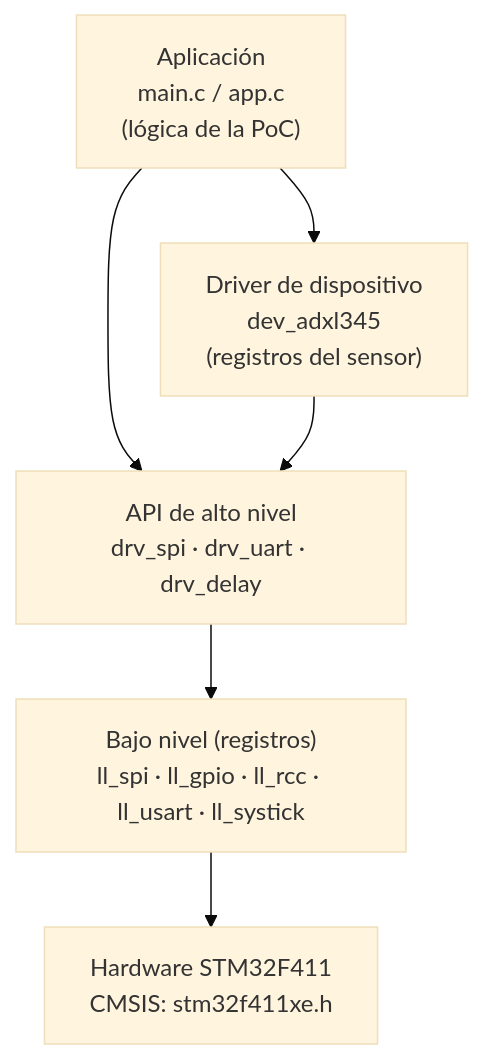
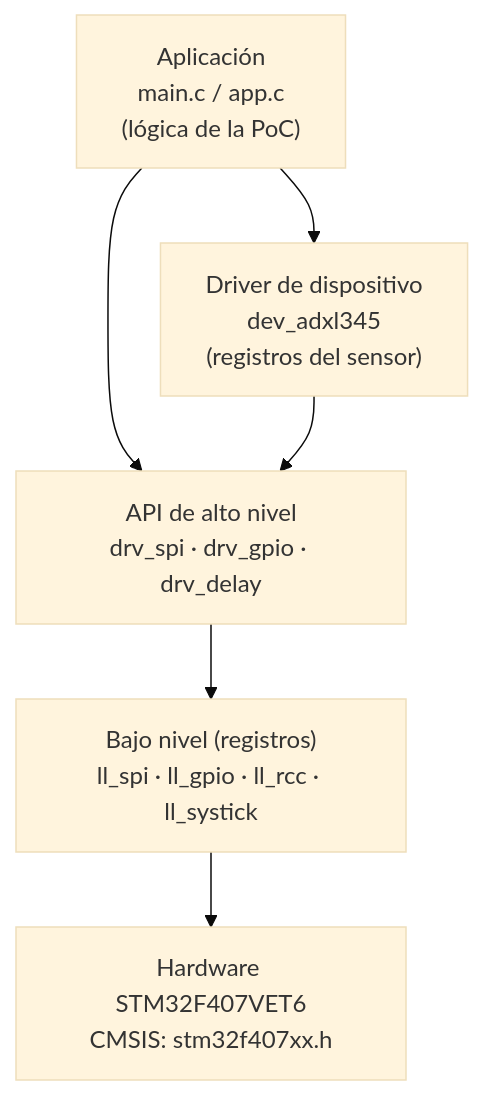
The first of 2 diagrams in README.md (GildardoRestrepo/Reto_3_SPI_library), drawn with Mermaid (base theme) before and after one commit. The commit also changed other lines of this file and 10 other files, not shown here.

````diff
--- a/README.md
+++ b/README.md
@@ -46,14 +52,14 @@
 ```mermaid
 flowchart TD
     APP["Aplicación<br/>main.c / app.c<br/>(lógica de la PoC)"]
     DEV["Driver de dispositivo<br/>dev_adxl345<br/>(registros del sensor)"]
-    API["API de alto nivel<br/>drv_spi · drv_uart · drv_delay"]
-    LL["Bajo nivel (registros)<br/>ll_spi · ll_gpio · ll_rcc · ll_usart · ll_systick"]
-    HW["Hardware STM32F411<br/>CMSIS: stm32f411xe.h"]
+    API["API de alto nivel<br/>drv_spi · drv_gpio · drv_delay"]
+    LL["Bajo nivel (registros)<br/>ll_spi · ll_gpio · ll_rcc · ll_systick"]
+    HW["Hardware STM32F407VET6<br/>CMSIS: stm32f407xx.h"]
 
     APP --> DEV
     APP --> API
     DEV --> API
     API --> LL
     LL --> HW
 ```
````
